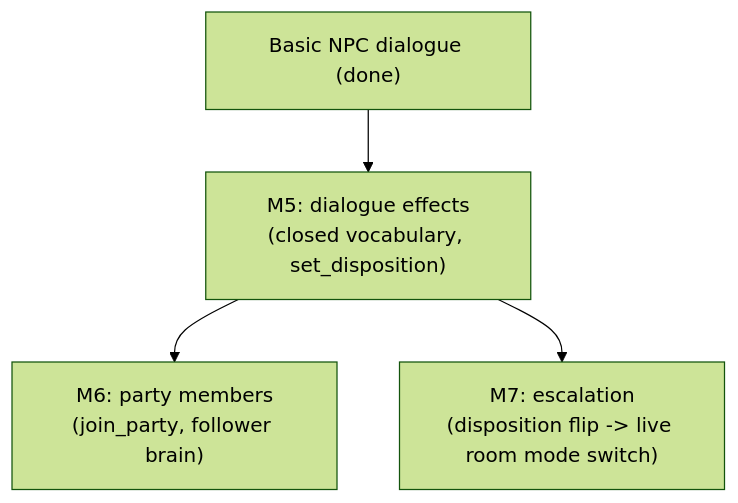
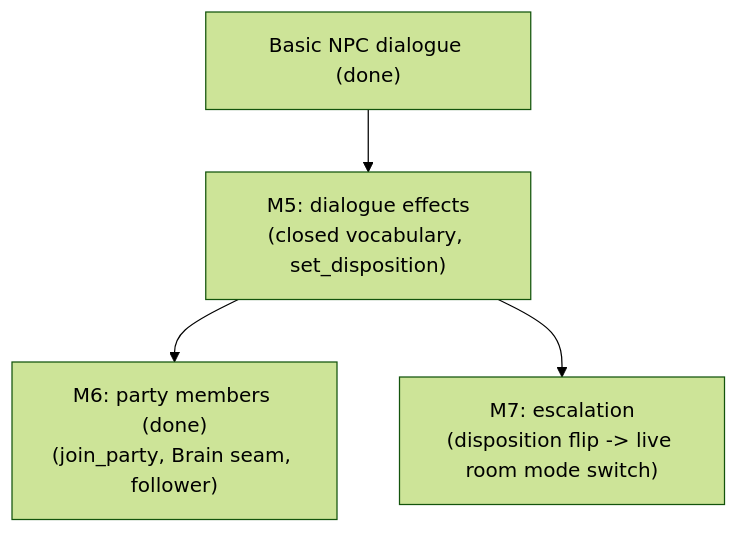
One commit to GoldenWind8/roguelike-mvp changed the diagram in docs/ROADMAP.md. Above: the diagram before and after it, drawn with Mermaid (forest theme). The commit also changed other lines of this file and 27 other files, not shown here.

````diff
--- a/docs/ROADMAP.md
+++ b/docs/ROADMAP.md
@@ -31,6 +31,6 @@
 ```mermaid
 flowchart TD
     E["Basic NPC dialogue (done)"] --> F["M5: dialogue effects<br/>(closed vocabulary, set_disposition)"]
-    F --> G["M6: party members<br/>(join_party, follower brain)"]
+    F --> G["M6: party members (done)<br/>(join_party, Brain seam, follower)"]
     F --> H["M7: escalation<br/>(disposition flip -> live room mode switch)"]
 ```
````
